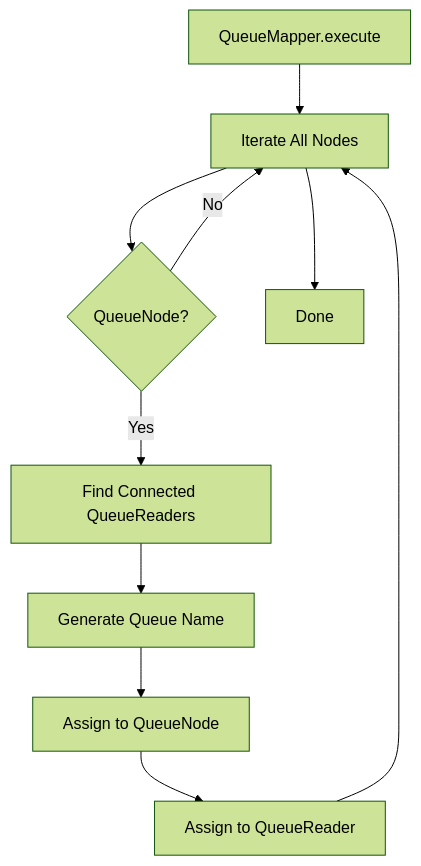
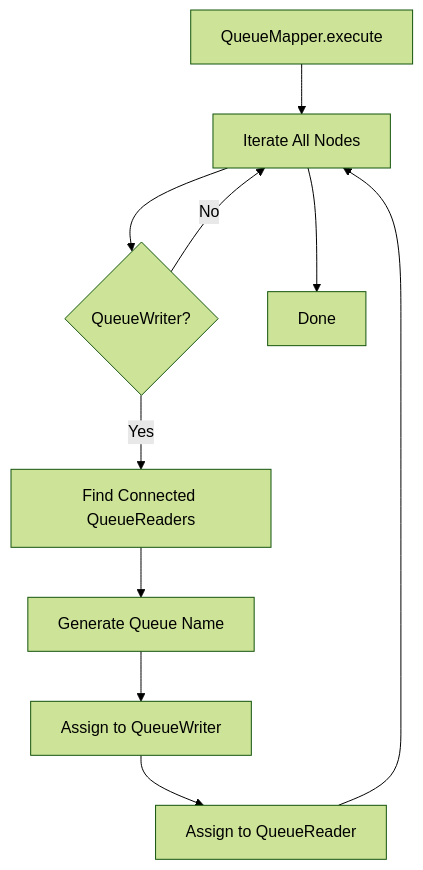
Before and after one commit to Roshan-yadav-evil-genius/TheOneEye-Backend: the third of 7 diagrams in docs/08-Post-Processing.md, drawn with Mermaid (forest theme). The commit also changed other lines of this file and 10 other files, not shown here.

````diff
--- a/docs/08-Post-Processing.md
+++ b/docs/08-Post-Processing.md
@@ -104,12 +104,12 @@
 ```mermaid
 flowchart TD
     A[QueueMapper.execute] --> B[Iterate All Nodes]
-    B --> C{QueueNode?}
+    B --> C{QueueWriter?}
     C -->|Yes| D[Find Connected QueueReaders]
     C -->|No| B
     D --> E[Generate Queue Name]
-    E --> F[Assign to QueueNode]
+    E --> F[Assign to QueueWriter]
     F --> G[Assign to QueueReader]
     G --> B
     B --> H[Done]
 ```
````
